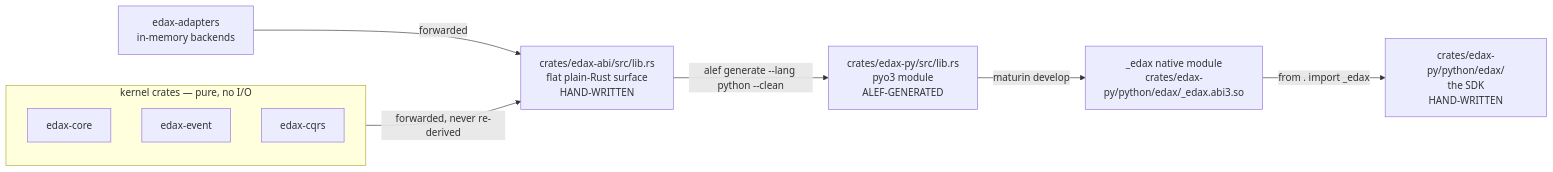
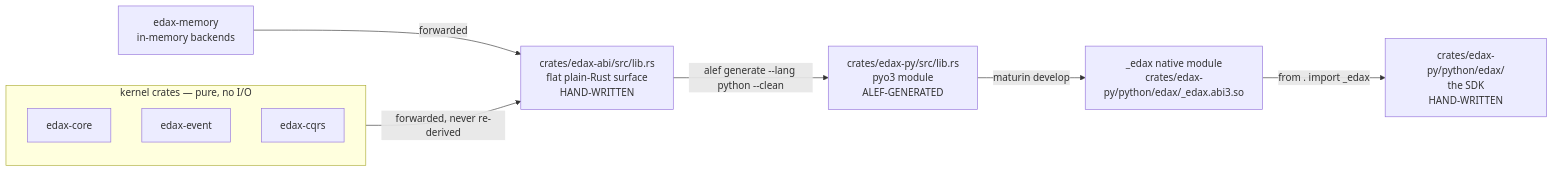
One commit to haskian/edax changed the third of 3 diagrams in docs/guides/getting-started.md. Above: the diagram before and after it, drawn with Mermaid. The commit also changed other lines of this file and 40 other files, not shown here.

First line of the commit message:
refactor: rename edax-adapters to edax-memory, InMemoryBroker to MemoryBroker, AdapterError to edax-core

````diff
--- a/docs/guides/getting-started.md
+++ b/docs/guides/getting-started.md
@@ -285,20 +285,20 @@
 ```mermaid
 flowchart LR
     subgraph kernels["kernel crates — pure, no I/O"]
         direction TB
         K1["edax-core"]
         K2["edax-event"]
         K3["edax-cqrs"]
     end
-    ADP["edax-adapters<br/>in-memory backends"]
+    MEM["edax-memory<br/>in-memory backends"]
     ABI["crates/edax-abi/src/lib.rs<br/>flat plain-Rust surface<br/>HAND-WRITTEN"]
     GEN["crates/edax-py/src/lib.rs<br/>pyo3 module<br/>ALEF-GENERATED"]
     SO["_edax native module<br/>crates/edax-py/python/edax/_edax.abi3.so"]
     PKG["crates/edax-py/python/edax/<br/>the SDK<br/>HAND-WRITTEN"]
 
     kernels -->|"forwarded, never re-derived"| ABI
-    ADP -->|"forwarded"| ABI
+    MEM -->|"forwarded"| ABI
     ABI -->|"alef generate --lang python --clean"| GEN
     GEN -->|"maturin develop"| SO
     SO -->|"from . import _edax"| PKG
 ```
````
